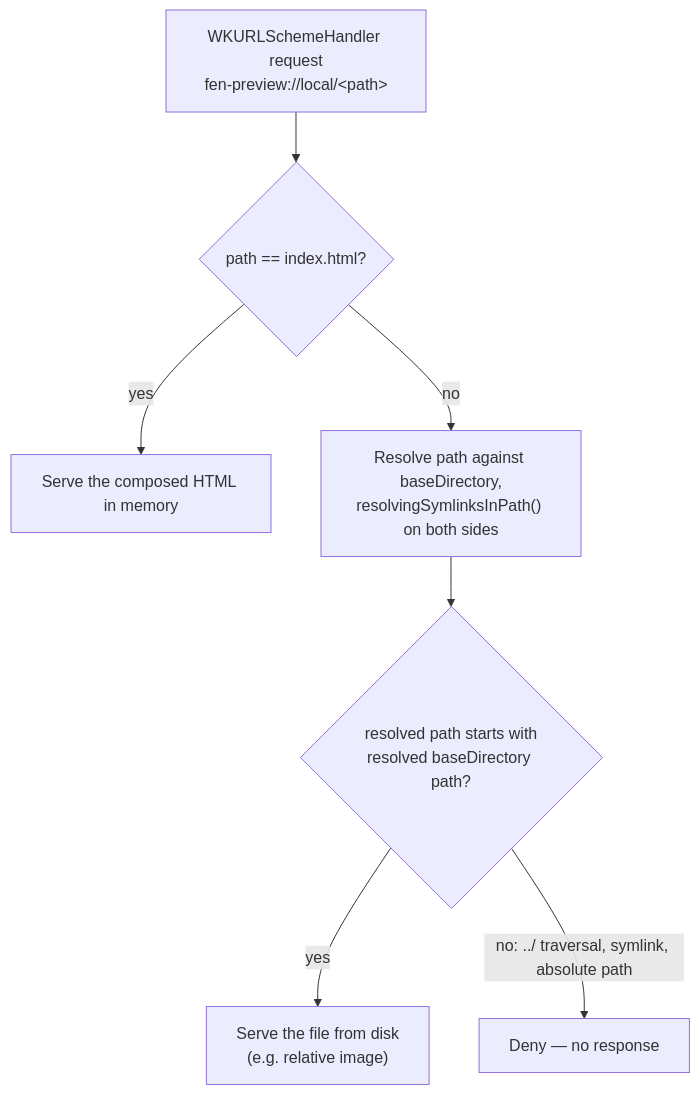
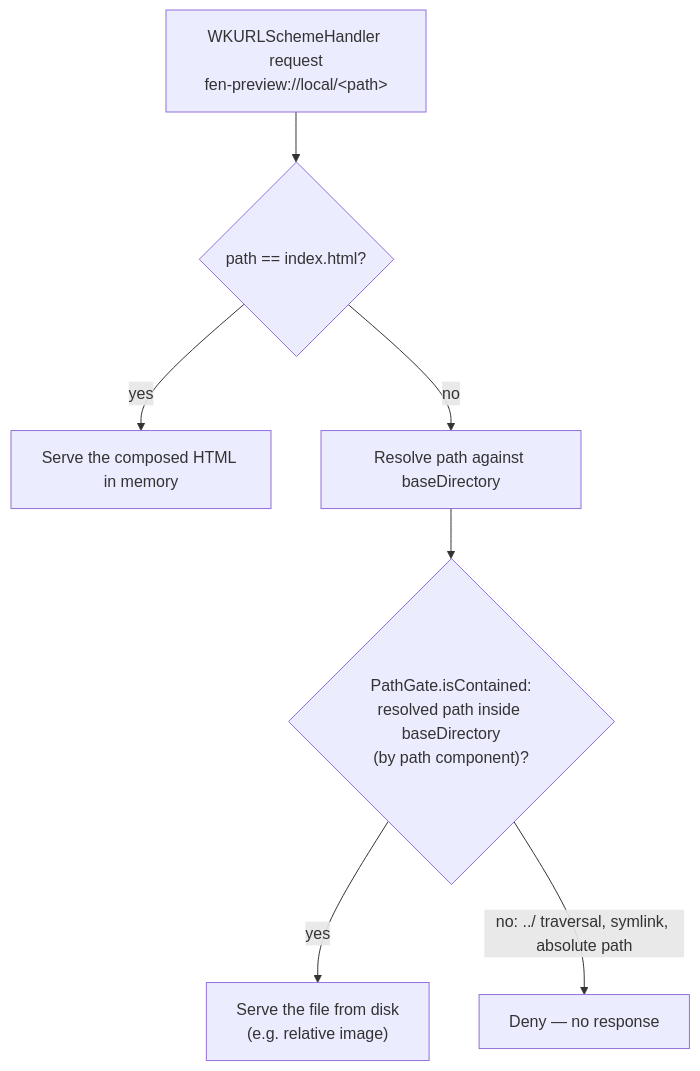
One commit to zoharbabin/fen changed the sixth of 8 diagrams in docs/ARCHITECTURE.md. Above: the diagram before and after it, drawn with Mermaid. The commit also changed other lines of this file and 34 other files, not shown here.

````diff
--- a/docs/ARCHITECTURE.md
+++ b/docs/ARCHITECTURE.md
@@ -135,9 +135,9 @@
 ```mermaid
 flowchart TD
     Request["WKURLSchemeHandler request<br/>fen-preview://local/&lt;path&gt;"] --> IsIndex{"path == index.html?"}
     IsIndex -->|yes| ServeHTML["Serve the composed HTML in memory"]
-    IsIndex -->|no| Resolve["Resolve path against baseDirectory,<br/>resolvingSymlinksInPath() on both sides"]
-    Resolve --> Guard{"resolved path starts with<br/>resolved baseDirectory path?"}
+    IsIndex -->|no| Resolve["Resolve path against baseDirectory"]
+    Resolve --> Guard{"PathGate.isContained:<br/>resolved path inside baseDirectory<br/>(by path component)?"}
     Guard -->|yes| ServeFile["Serve the file from disk<br/>(e.g. relative image)"]
     Guard -->|no: ../ traversal, symlink, absolute path| Deny["Deny — no response"]
 ```
````
